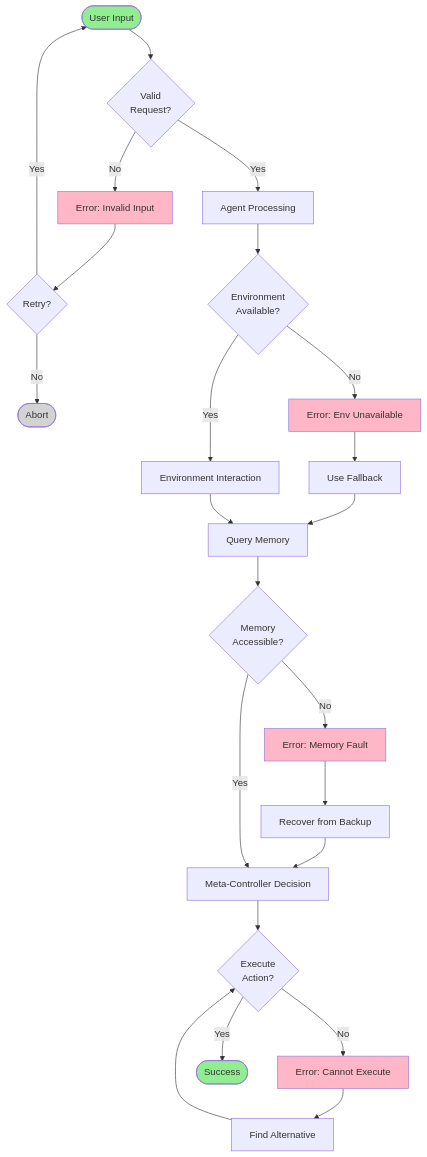
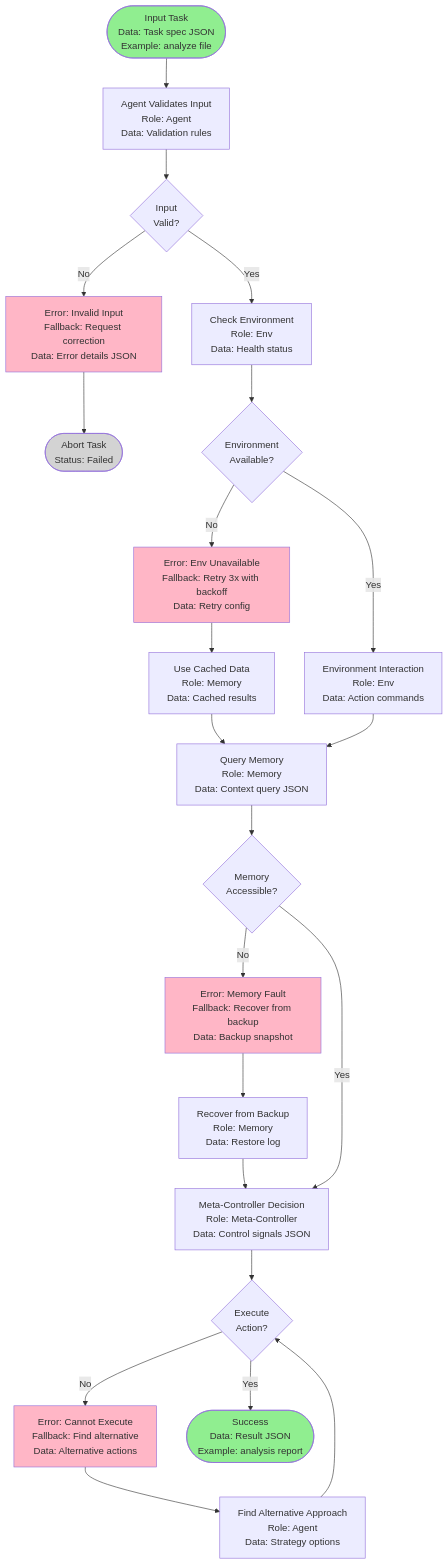
One commit to sunghunkwag/architecture-merge-roadmap changed the second of 3 diagrams in FLOWCHART.md. Above: the diagram before and after it, drawn with Mermaid. The commit also changed other lines of this file, not shown here.

Commit message:
Expand flowchart with module details, data, and usage scenario.

````diff
--- a/FLOWCHART.md
+++ b/FLOWCHART.md
@@ -85,42 +111,37 @@
 ```mermaid
 flowchart TD
-    Input([User Input]) --> Validate{Valid
-Request?}
-    Validate -->|No| ErrorA[Error: Invalid Input]
-    ErrorA --> Retry{Retry?}
-    Retry -->|Yes| Input
-    Retry -->|No| Abort([Abort])
+    Input([Input Task<br/>Data: Task spec JSON<br/>Example: analyze file]) --> Validate[Agent Validates Input<br/>Role: Agent<br/>Data: Validation rules]
+    Validate --> ValidCheck{Input<br/>Valid?}
+    ValidCheck -->|No| ErrorA[Error: Invalid Input<br/>Fallback: Request correction<br/>Data: Error details JSON]
+    ErrorA --> Abort([Abort Task<br/>Status: Failed])
     
-    Validate -->|Yes| AgentProcess[Agent Processing]
-    AgentProcess --> CheckEnv{Environment
-Available?}
-    CheckEnv -->|No| ErrorB[Error: Env Unavailable]
-    ErrorB --> Fallback[Use Fallback]
+    ValidCheck -->|Yes| CheckEnv[Check Environment<br/>Role: Env<br/>Data: Health status]
+    CheckEnv --> EnvCheck{Environment<br/>Available?}
+    EnvCheck -->|No| ErrorB[Error: Env Unavailable<br/>Fallback: Retry 3x with backoff<br/>Data: Retry config]
+    ErrorB --> Fallback[Use Cached Data<br/>Role: Memory<br/>Data: Cached results]
     Fallback --> MemoryQuery
     
-    CheckEnv -->|Yes| EnvInteract[Environment Interaction]
-    EnvInteract --> MemoryQuery[Query Memory]
+    EnvCheck -->|Yes| EnvInteract[Environment Interaction<br/>Role: Env<br/>Data: Action commands]
+    EnvInteract --> MemoryQuery[Query Memory<br/>Role: Memory<br/>Data: Context query JSON]
     
-    MemoryQuery --> CheckMemory{Memory
-Accessible?}
-    CheckMemory -->|No| ErrorC[Error: Memory Fault]
-    ErrorC --> Recovery[Recover from Backup]
+    MemoryQuery --> CheckMemory{Memory<br/>Accessible?}
+    CheckMemory -->|No| ErrorC[Error: Memory Fault<br/>Fallback: Recover from backup<br/>Data: Backup snapshot]
+    ErrorC --> Recovery[Recover from Backup<br/>Role: Memory<br/>Data: Restore log]
     Recovery --> MetaControl
     
-    CheckMemory -->|Yes| MetaControl[Meta-Controller Decision]
-    MetaControl --> Execute{Execute
-Action?}
-    Execute -->|No| ErrorD[Error: Cannot Execute]
-    ErrorD --> Alternative[Find Alternative]
+    CheckMemory -->|Yes| MetaControl[Meta-Controller Decision<br/>Role: Meta-Controller<br/>Data: Control signals JSON]
+    MetaControl --> Execute{Execute<br/>Action?}
+    Execute -->|No| ErrorD[Error: Cannot Execute<br/>Fallback: Find alternative<br/>Data: Alternative actions]
+    ErrorD --> Alternative[Find Alternative Approach<br/>Role: Agent<br/>Data: Strategy options]
     Alternative --> Execute
     
-    Execute -->|Yes| Success([Success])
+    Execute -->|Yes| Success([Success<br/>Data: Result JSON<br/>Example: analysis report])
     
     style Input fill:#90EE90
     style Success fill:#90EE90
     style Abort fill:#D3D3D3
     style ErrorA fill:#FFB6C6
     style ErrorB fill:#FFB6C6
     style ErrorC fill:#FFB6C6
     style ErrorD fill:#FFB6C6
 ```
````
